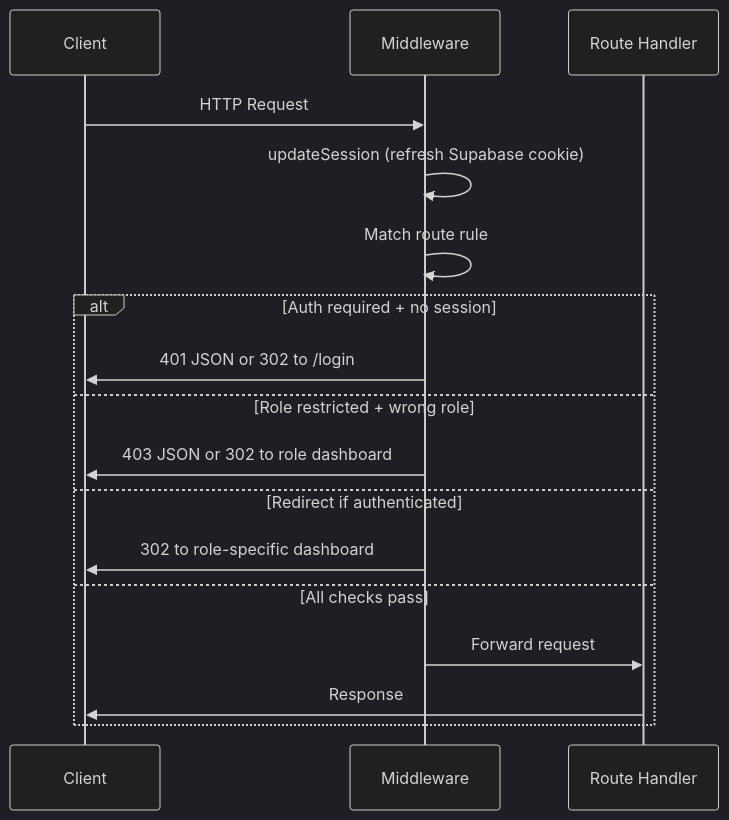
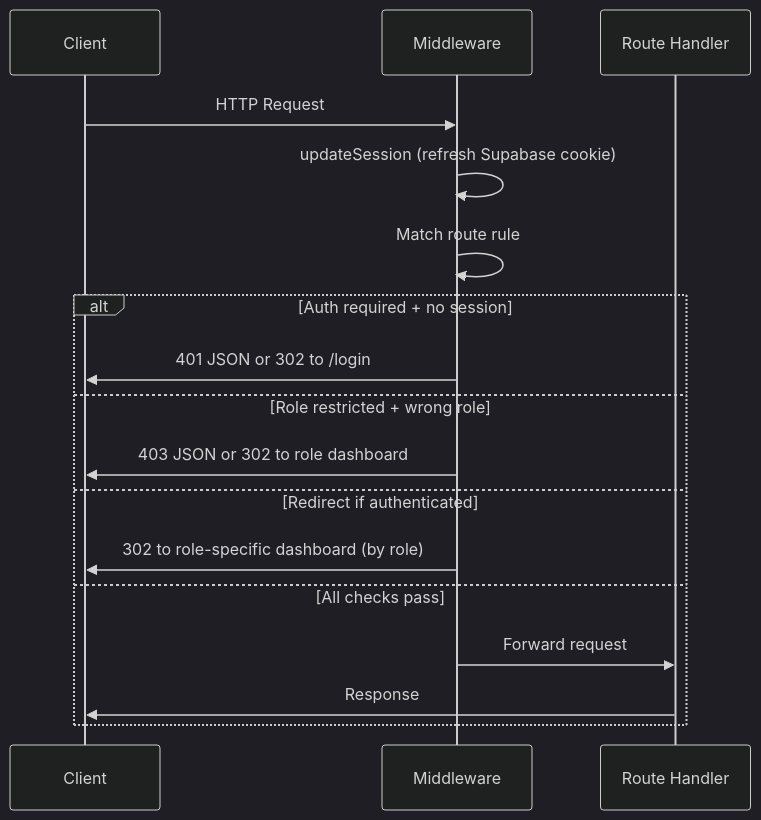
The third of 4 diagrams in docs/architecture.md (logyQT/studiq), drawn with Mermaid (dark theme) before and after one commit. The commit also changed other lines of this file and 8 other files, not shown here.

````diff
--- a/docs/architecture.md
+++ b/docs/architecture.md
@@ -83,20 +90,20 @@
 ```mermaid
 sequenceDiagram
     participant C as Client
     participant M as Middleware
     participant R as Route Handler
 
     C->>M: HTTP Request
     M->>M: updateSession (refresh Supabase cookie)
     M->>M: Match route rule
     alt Auth required + no session
         M->>C: 401 JSON or 302 to /login
     else Role restricted + wrong role
         M->>C: 403 JSON or 302 to role dashboard
     else Redirect if authenticated
-        M->>C: 302 to role-specific dashboard
+        M->>C: 302 to role-specific dashboard (by role)
     else All checks pass
         M->>R: Forward request
         R->>C: Response
     end
 ```
````
